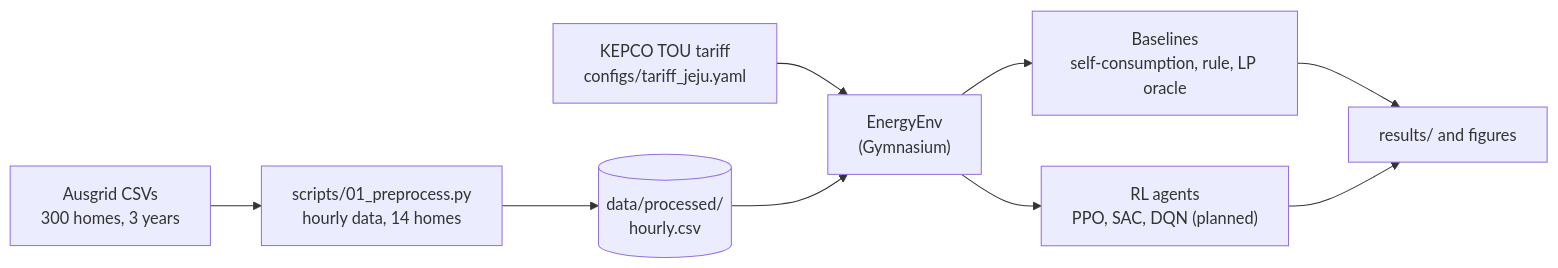
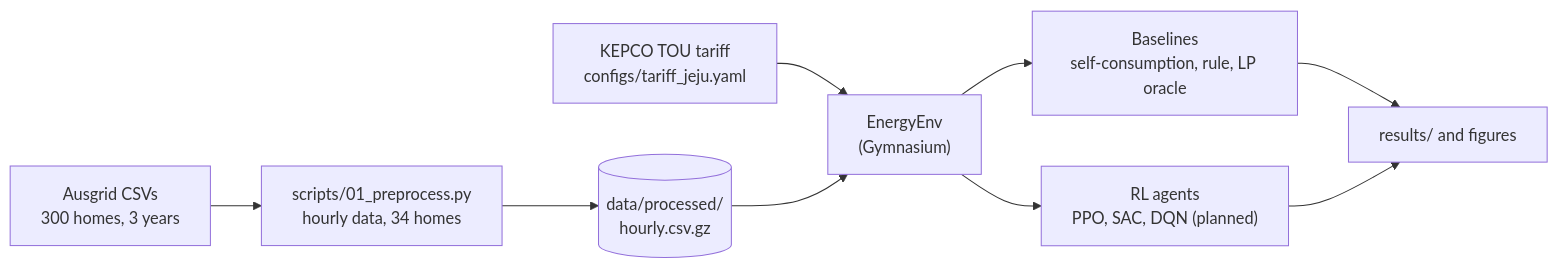
Before and after one commit to lechi-lilov/rl-home-battery: the diagram in README.md, drawn with Mermaid. The commit also changed other lines of this file and 24 other files, not shown here.

````diff
--- a/README.md
+++ b/README.md
@@ -44,11 +46,11 @@
 ```mermaid
 flowchart LR
-    A["Ausgrid CSVs<br/>300 homes, 3 years"] --> B["scripts/01_preprocess.py<br/>hourly data, 14 homes"]
-    B --> C[("data/processed/<br/>hourly.csv")]
+    A["Ausgrid CSVs<br/>300 homes, 3 years"] --> B["scripts/01_preprocess.py<br/>hourly data, 34 homes"]
+    B --> C[("data/processed/<br/>hourly.csv.gz")]
     T["KEPCO TOU tariff<br/>configs/tariff_jeju.yaml"] --> D
     C --> D["EnergyEnv<br/>(Gymnasium)"]
     D --> E["Baselines<br/>self-consumption, rule, LP oracle"]
     D --> F["RL agents<br/>PPO, SAC, DQN (planned)"]
     E --> G["results/ and figures"]
     F --> G
 ```
````
